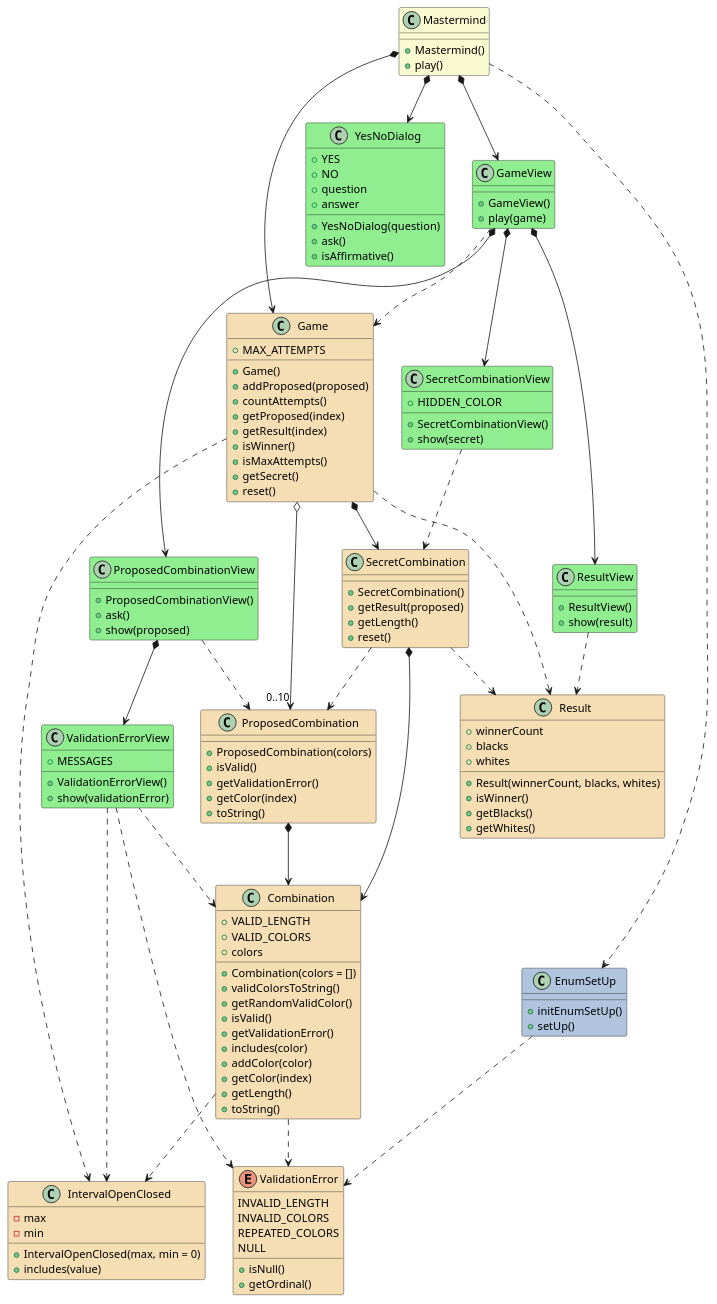
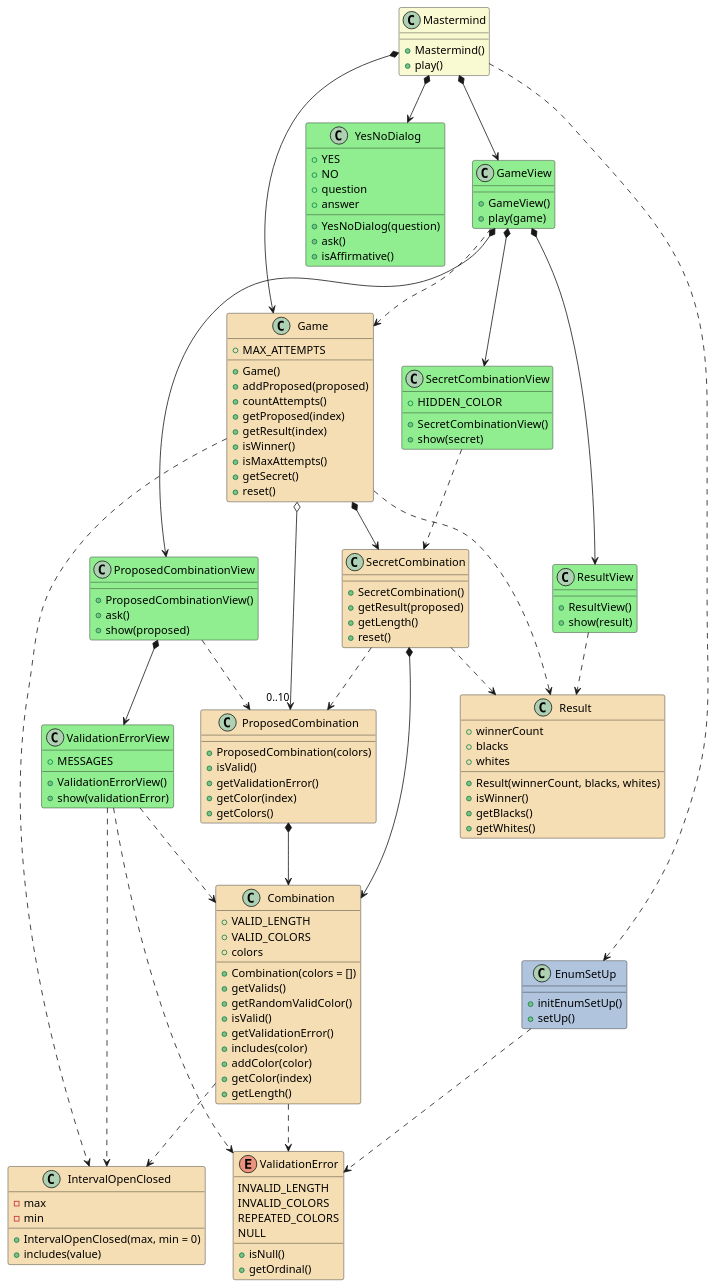
The diagram in docs/dev-resume/analysis.plantuml (PabloMartinFluvia/myGame-mastermind), drawn with PlantUML before and after one commit. The commit also changed 3 other files, not shown here.

```diff
--- a/docs/dev-resume/analysis.plantuml
+++ b/docs/dev-resume/analysis.plantuml
@@ -1,166 +1,165 @@
 @startuml analysis
 
 class Mastermind #LightGoldenRodYellow {  
 
     + Mastermind()
     + play()    
 }
 Mastermind *--> GameView
 Mastermind *--> YesNoDialog
 Mastermind *--> Game
 Mastermind ..> EnumSetUp
 
 class GameView #LightGreen {
 
     + GameView()
     + play(game)
 }
 GameView *--> SecretCombinationView
 GameView *--> ProposedCombinationView
 GameView *--> ResultView
 GameView ..> Game
 
 
 class SecretCombinationView #LightGreen {
     + HIDDEN_COLOR
     
     + SecretCombinationView()
     + show(secret)
 }
 SecretCombinationView ..> SecretCombination
 
 class ProposedCombinationView #LightGreen {
     
     + ProposedCombinationView()
     + ask()
     + show(proposed)
 }
 ProposedCombinationView *--> ValidationErrorView
 ProposedCombinationView ..> ProposedCombination
 
 class ValidationErrorView #LightGreen {
 
     + MESSAGES
     
     + ValidationErrorView()
     + show(validationError)
 }
 ValidationErrorView ..> ValidationError
 ValidationErrorView ..> Combination
 ValidationErrorView ..> IntervalOpenClosed
 
 class ResultView #LightGreen {
     
     + ResultView()
     + show(result)
 }
 ResultView ..> Result
 
 class Game #Wheat{
     + MAX_ATTEMPTS
 
     + Game()
     + addProposed(proposed)
     + countAttempts()    
     + getProposed(index)
     + getResult(index)
     + isWinner()
     + isMaxAttempts()    
     + getSecret()    
     + reset()    
 }
 Game *--> SecretCombination
 Game o--> "0..10" ProposedCombination
 Game .down.> Result
 Game ..> IntervalOpenClosed
 
 class SecretCombination #Wheat{
     
     + SecretCombination()    
     + getResult(proposed)
     + getLength()     
     + reset()
 
 }
 SecretCombination *-down-> Combination
 SecretCombination .down.> ProposedCombination
 SecretCombination .down.> Result
 
 class Result #Wheat{
     + winnerCount
     + blacks
     + whites
 
     + Result(winnerCount, blacks, whites)
     + isWinner()
     + getBlacks()    
     + getWhites()    
 }
 
 class Combination #Wheat{
     + VALID_LENGTH
     + VALID_COLORS    
     + colors
 
     + Combination(colors = [])
-    + validColorsToString()
+    + getValids()
     + getRandomValidColor()
     + isValid()    
     + getValidationError()
     + includes(color)    
     + addColor(color)          
     + getColor(index)
-    + getLength()      
-    + toString()
+    + getLength() 
 }
 Combination .down.> ValidationError
 Combination ..> IntervalOpenClosed
 
 enum ValidationError #Wheat{    
     INVALID_LENGTH
     INVALID_COLORS
     REPEATED_COLORS
     NULL
 
     + isNull()
     + getOrdinal()
 }
 
 class ProposedCombination #Wheat{
 
     + ProposedCombination(colors)
     + isValid()         
     + getValidationError()
     + getColor(index)   
-    + toString()   
+    + getColors()   
 }
 ProposedCombination *-down-> Combination 
 
 
 
 class YesNoDialog #LightGreen {
     + YES
     + NO
     + question
     + answer    
 
     + YesNoDialog(question)
     + ask()
     + isAffirmative()
 }
 
 class EnumSetUp #LightSteelBlue {
     + initEnumSetUp()
     + setUp()
 }
 EnumSetUp ..> ValidationError
 
 class IntervalOpenClosed #Wheat{
     - max
     - min
 
     + IntervalOpenClosed(max, min = 0)
     + includes(value)
 }
 
 @enduml
```
